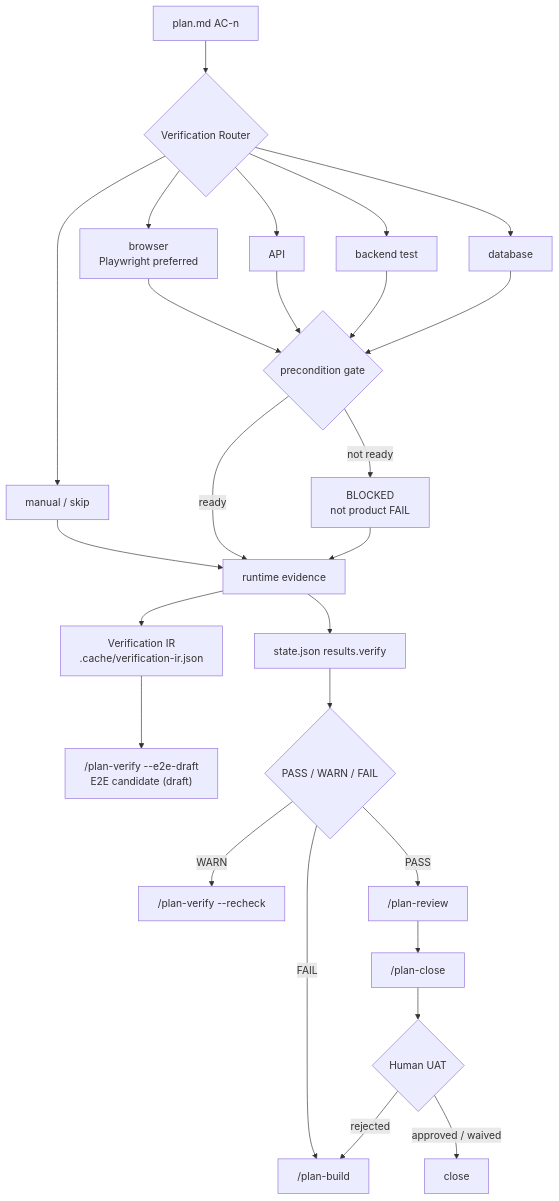
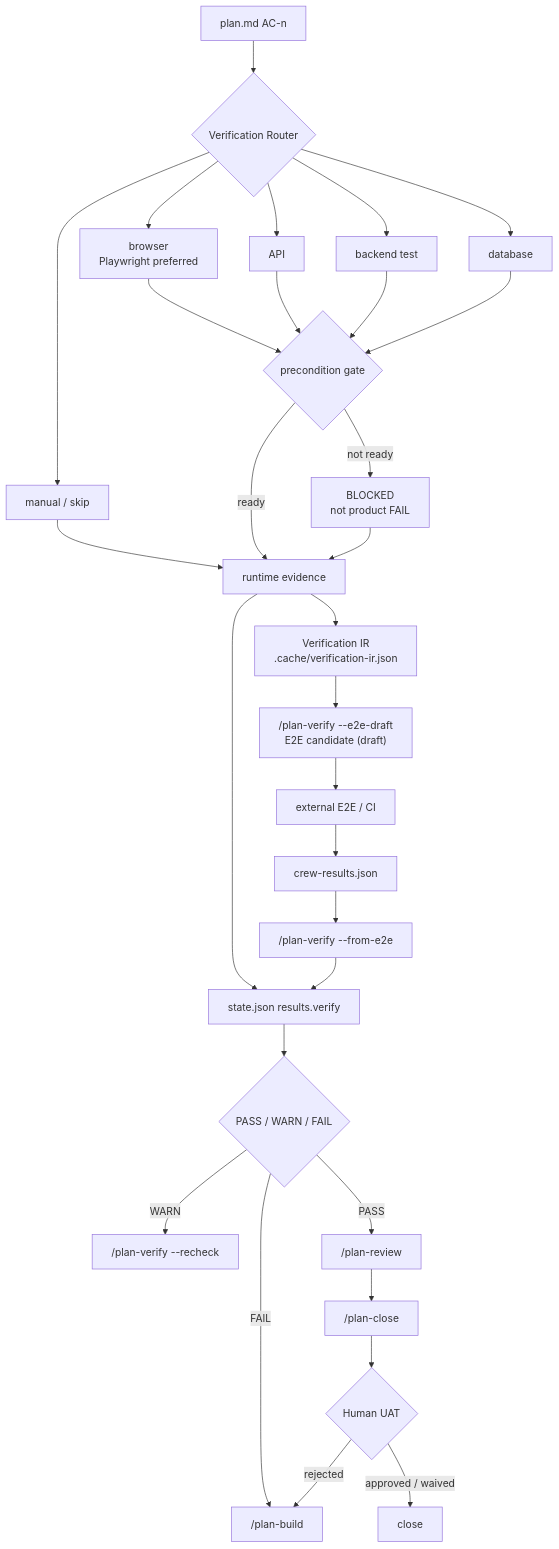
Before and after one commit to mark22013333/crew: the fifth of 5 diagrams in plugins/feature-workflow/README.md, drawn with Mermaid. The commit also changed other lines of this file, not shown here.

Commit message:
docs(plan-verify): show canonical E2E result feedback loop

````diff
--- a/plugins/feature-workflow/README.md
+++ b/plugins/feature-workflow/README.md
@@ -309,28 +309,32 @@
 ```mermaid
 flowchart TD
     AC["plan.md AC-n"] --> Router{"Verification Router"}
     Router --> Browser["browser<br/>Playwright preferred"]
     Router --> API["API"]
     Router --> Backend["backend test"]
     Router --> DB["database"]
     Router --> Manual["manual / skip"]
     Browser --> Pre{"precondition gate"}
     API --> Pre
     Backend --> Pre
     DB --> Pre
     Manual --> Evidence["runtime evidence"]
     Pre -- "ready" --> Evidence
     Pre -- "not ready" --> Blocked["BLOCKED<br/>not product FAIL"]
     Blocked --> Evidence
     Evidence --> IR["Verification IR<br/>.cache/verification-ir.json"]
     Evidence --> Result["state.json results.verify"]
     IR --> Draft["/plan-verify --e2e-draft<br/>E2E candidate (draft)"]
+    Draft --> CIRun["external E2E / CI"]
+    CIRun --> Artifact["crew-results.json"]
+    Artifact --> Import["/plan-verify --from-e2e"]
+    Import --> Result
     Result --> Status{"PASS / WARN / FAIL"}
     Status -- "FAIL" --> Build["/plan-build"]
     Status -- "WARN" --> Recheck["/plan-verify --recheck"]
     Status -- "PASS" --> Review["/plan-review"]
     Review --> Close["/plan-close"]
     Close --> UAT{"Human UAT"}
     UAT -- "rejected" --> Build
     UAT -- "approved / waived" --> Done["close"]
 ```
````
